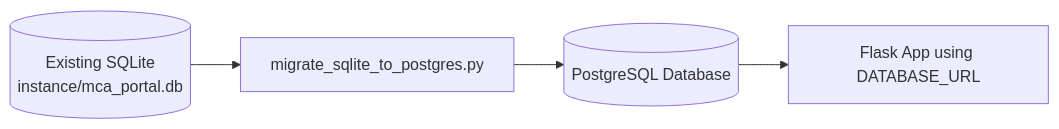
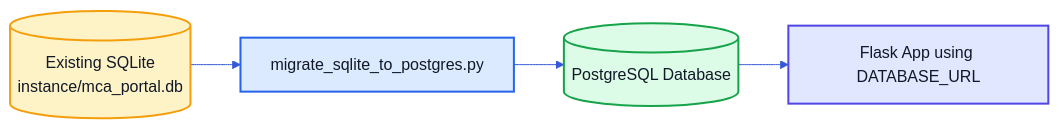
Before and after one commit to aniket-nihal/MCA-Result-Portal: the seventh of 7 diagrams in README.md, drawn with Mermaid. The commit also changed other lines of this file, not shown here.

````diff
--- a/README.md
+++ b/README.md
@@ -229,6 +302,17 @@
 ```mermaid
+%%{init: {'theme': 'base', 'themeVariables': { 'primaryColor': '#eef4ff', 'primaryTextColor': '#182033', 'lineColor': '#3558d7', 'fontFamily': 'Arial' }}}%%
 flowchart LR
     S[(Existing SQLite\ninstance/mca_portal.db)] --> M[migrate_sqlite_to_postgres.py]
     M --> P[(PostgreSQL Database)]
     P --> F[Flask App using DATABASE_URL]
+
+    classDef sqlite fill:#fef3c7,stroke:#f59e0b,color:#111827,stroke-width:2px
+    classDef script fill:#dbeafe,stroke:#2563eb,color:#111827,stroke-width:2px
+    classDef postgres fill:#dcfce7,stroke:#16a34a,color:#111827,stroke-width:2px
+    classDef app fill:#e0e7ff,stroke:#4f46e5,color:#111827,stroke-width:2px
+
+    class S sqlite
+    class M script
+    class P postgres
+    class F app
 ```
````
